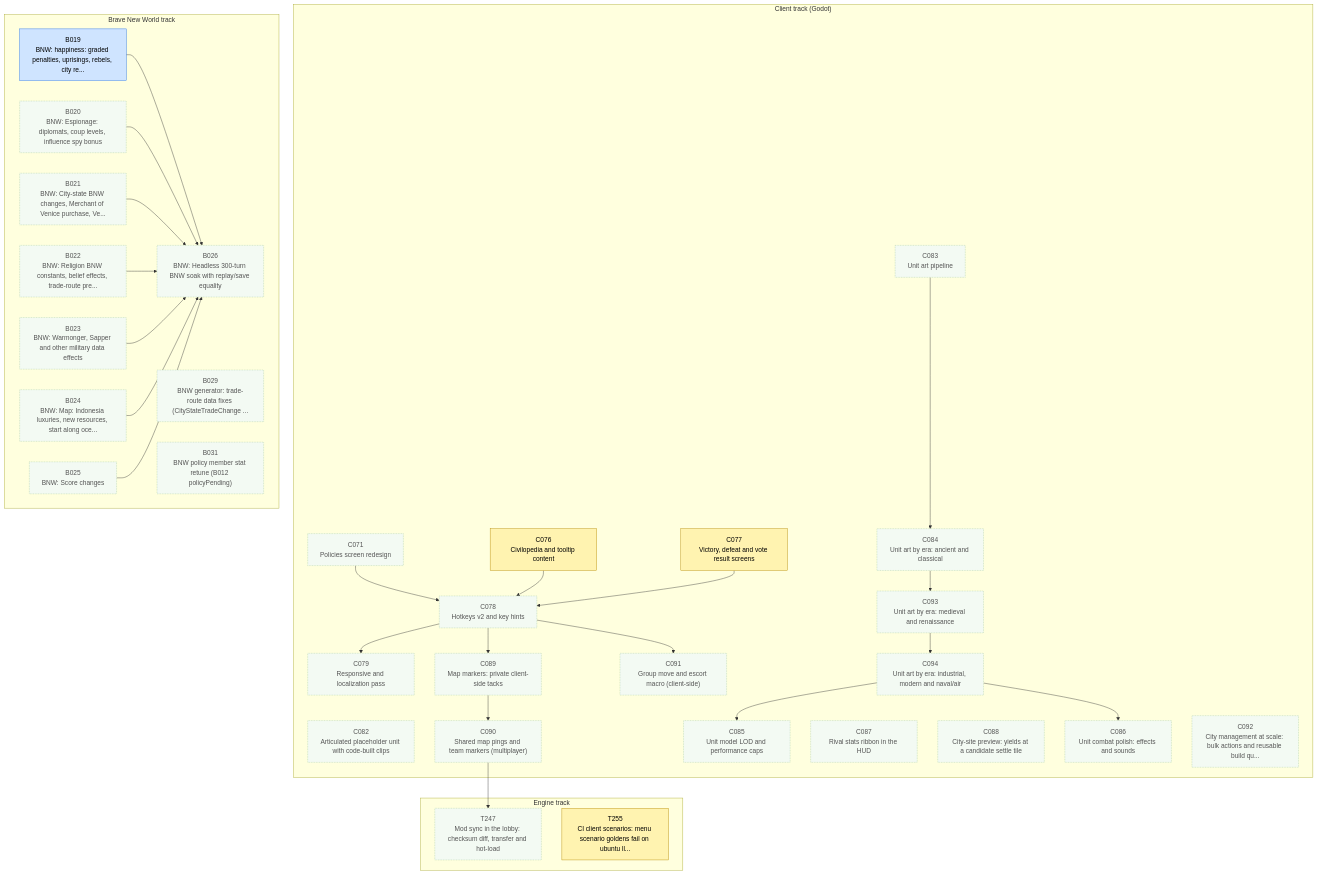
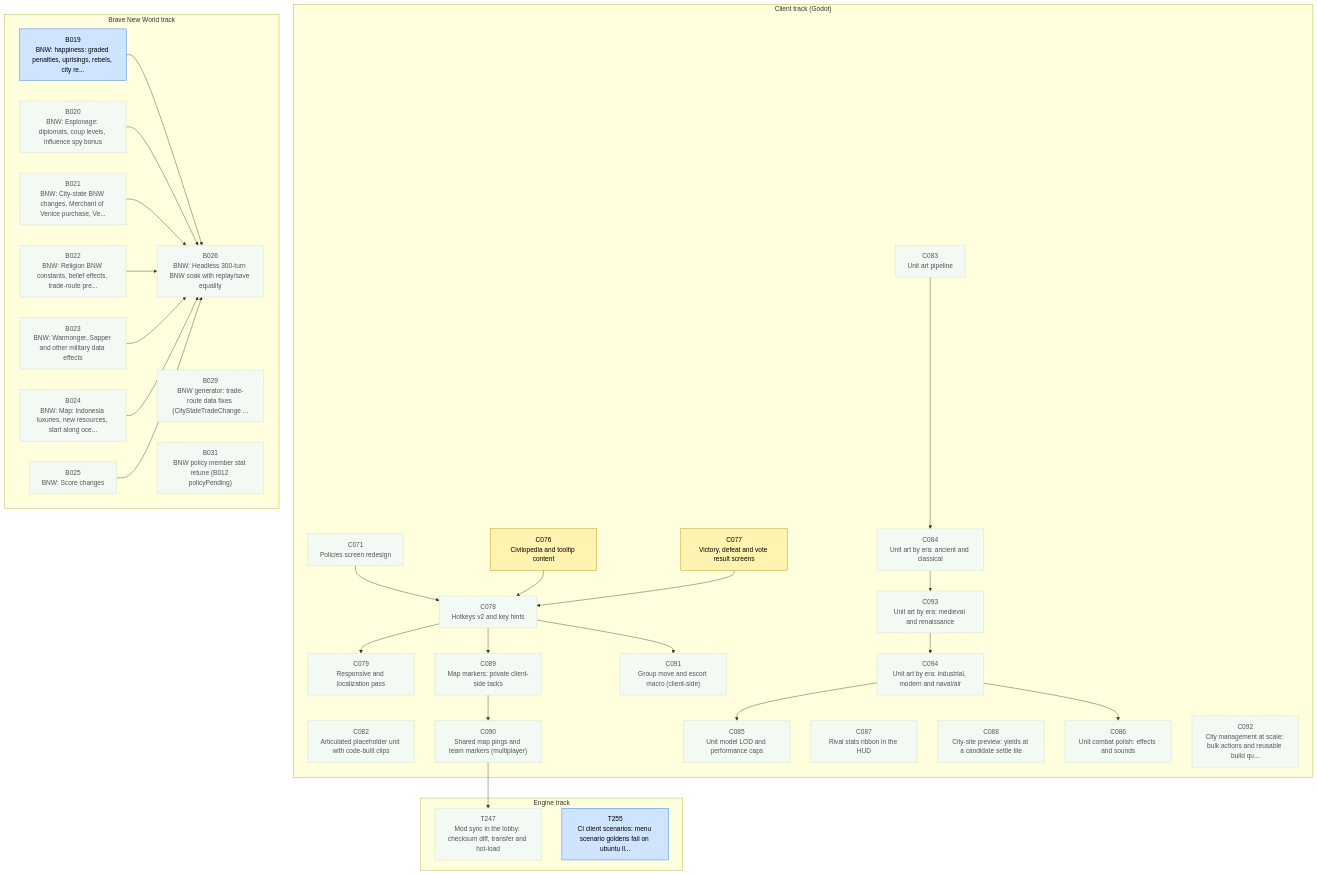
The first of 3 diagrams in csharp/migration/DEPENDENCY_MAP.md (Kenmura/Unciv), drawn with Mermaid before and after one commit. The commit also changed other lines of this file and 1 other file, not shown here.

Commit message:
migration: T255 -> Needs-Review [Claude]

````diff
--- a/csharp/migration/DEPENDENCY_MAP.md
+++ b/csharp/migration/DEPENDENCY_MAP.md
@@ -116,5 +116,5 @@
   class C093 waiting
   class C094 waiting
   class T247 waiting
-  class T255 prog
+  class T255 review
 ```
````
